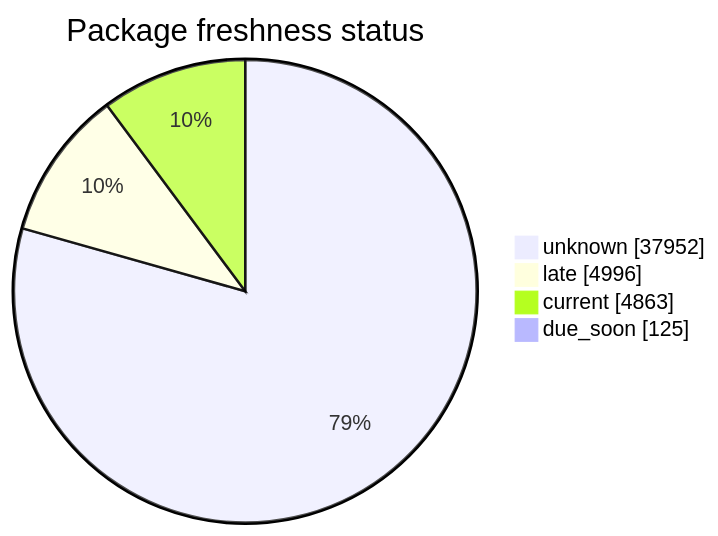
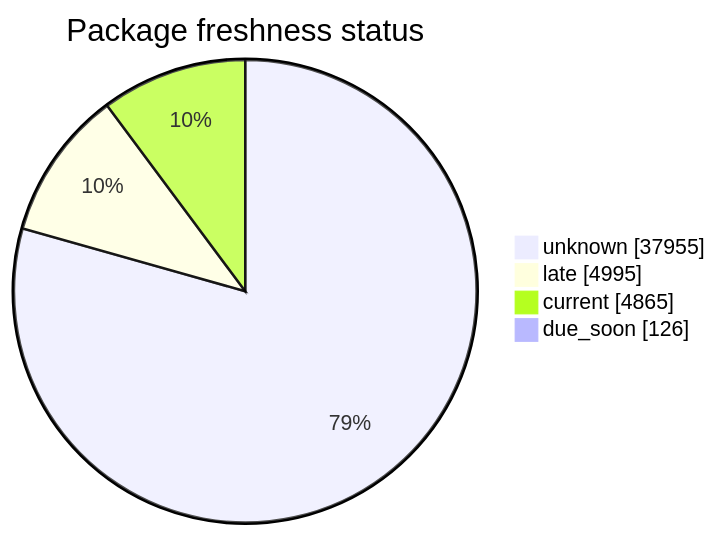
Before and after one commit to open-data/analytics-corporate-reporting: the second of 5 diagrams in FreshCheck/README.md, drawn with Mermaid. The commit also changed other lines of this file and 3 other files, not shown here.

````diff
--- a/FreshCheck/README.md
+++ b/FreshCheck/README.md
@@ -68,7 +68,7 @@
 ```mermaid
 pie showData title Package freshness status
-    "unknown": 37952
-    "late": 4996
-    "current": 4863
-    "due_soon": 125
+    "unknown": 37955
+    "late": 4995
+    "current": 4865
+    "due_soon": 126
 ```
````
